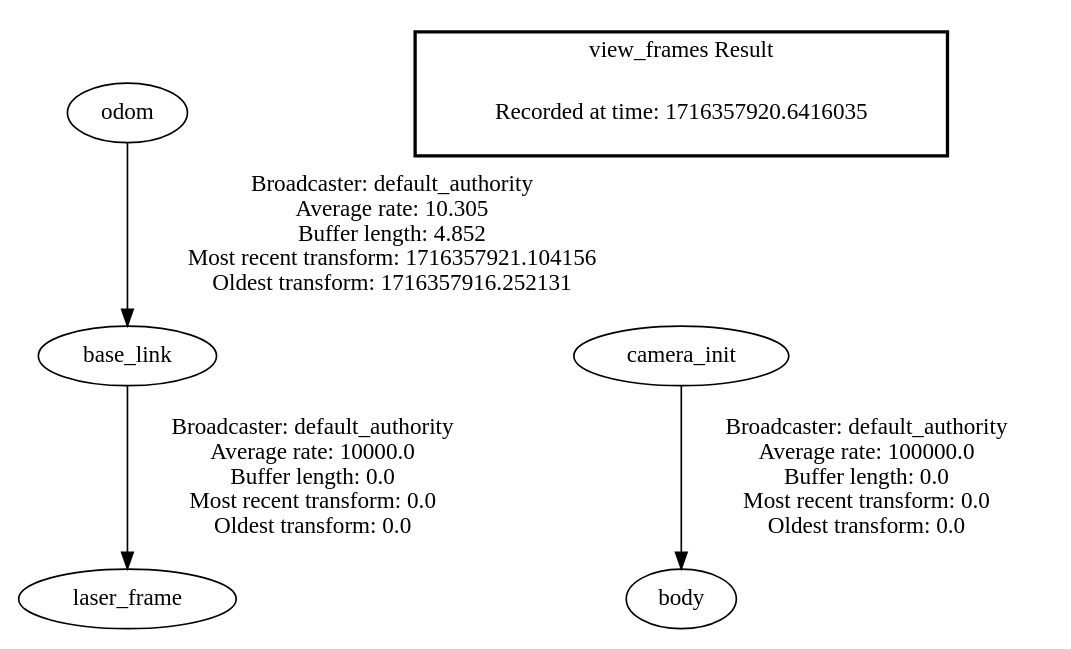
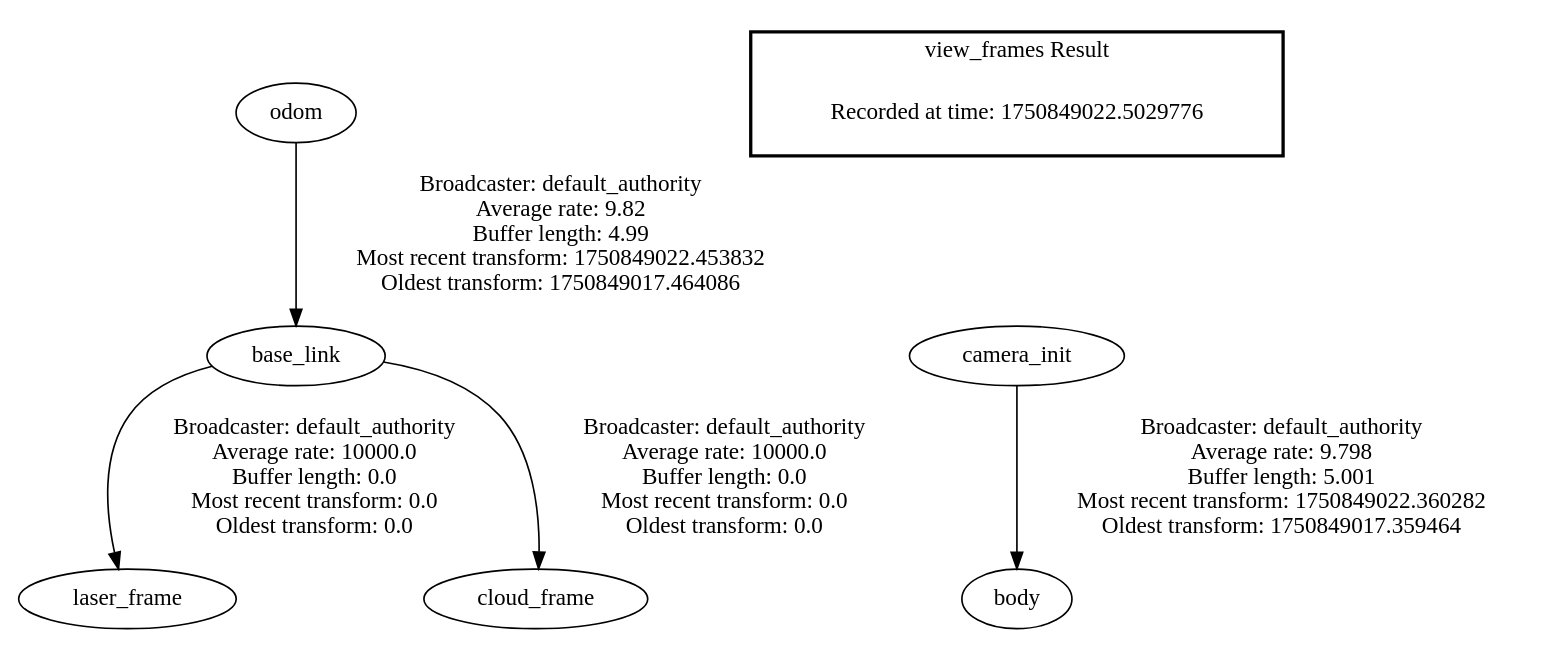
One commit to attraclab/fl_nav2_helper changed the diagram in frames.gv. Above: the diagram before and after it, drawn with Graphviz. The commit also changed 49 other files, not shown here.

```diff
--- a/frames.gv
+++ b/frames.gv
@@ -1,9 +1,10 @@
 digraph G {
-"odom" -> "base_link"[label=" Broadcaster: default_authority\nAverage rate: 10.305\nBuffer length: 4.852\nMost recent transform: 1716357921.104156\nOldest transform: 1716357916.252131\n"];
 "base_link" -> "laser_frame"[label=" Broadcaster: default_authority\nAverage rate: 10000.0\nBuffer length: 0.0\nMost recent transform: 0.0\nOldest transform: 0.0\n"];
-"camera_init" -> "body"[label=" Broadcaster: default_authority\nAverage rate: 100000.0\nBuffer length: 0.0\nMost recent transform: 0.0\nOldest transform: 0.0\n"];
+"odom" -> "base_link"[label=" Broadcaster: default_authority\nAverage rate: 9.82\nBuffer length: 4.99\nMost recent transform: 1750849022.453832\nOldest transform: 1750849017.464086\n"];
+"base_link" -> "cloud_frame"[label=" Broadcaster: default_authority\nAverage rate: 10000.0\nBuffer length: 0.0\nMost recent transform: 0.0\nOldest transform: 0.0\n"];
+"camera_init" -> "body"[label=" Broadcaster: default_authority\nAverage rate: 9.798\nBuffer length: 5.001\nMost recent transform: 1750849022.360282\nOldest transform: 1750849017.359464\n"];
 edge [style=invis];
  subgraph cluster_legend { style=bold; color=black; label ="view_frames Result";
-"Recorded at time: 1716357920.6416035"[ shape=plaintext ] ;
+"Recorded at time: 1750849022.5029776"[ shape=plaintext ] ;
 }->"camera_init";
 }
```
